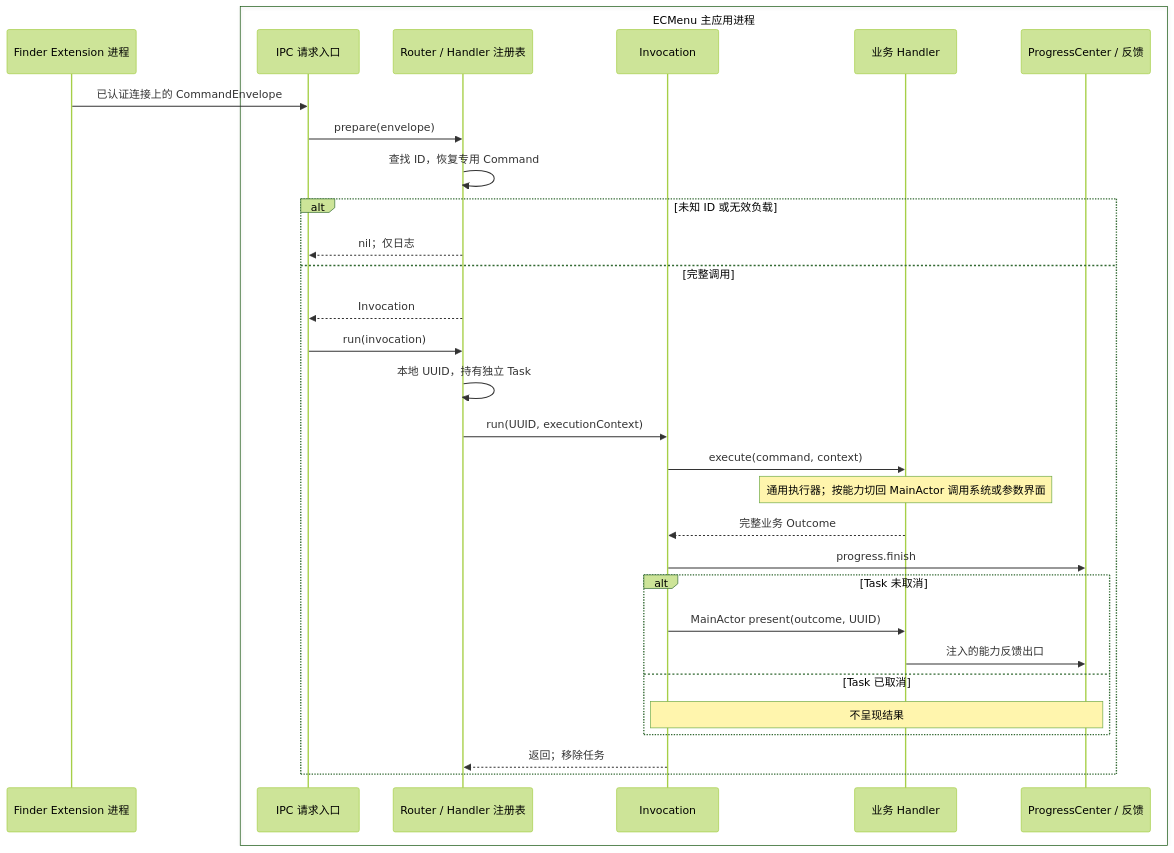
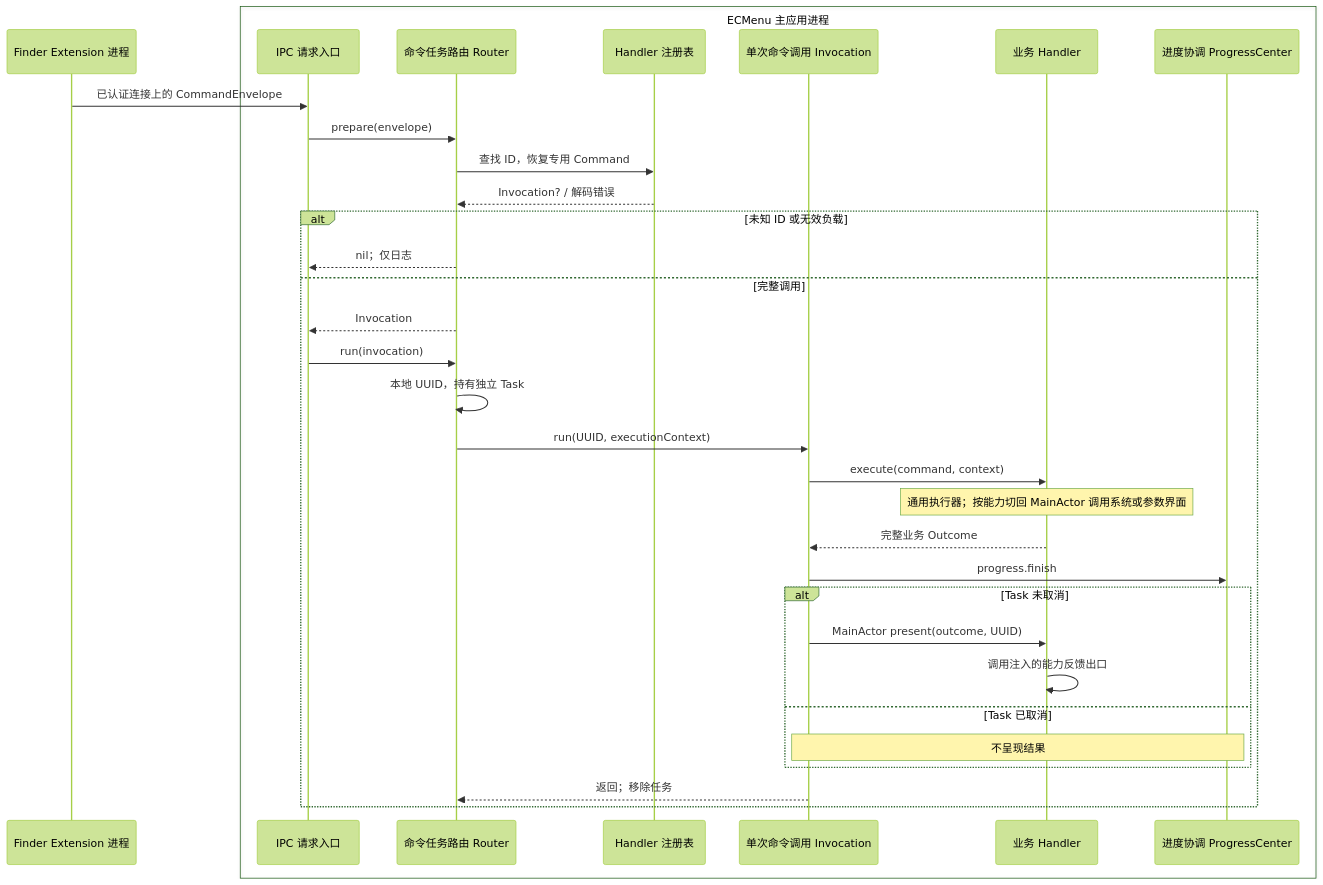
One commit to tlb-22/mac-tool-ecmenu changed the diagram in spec/Technical/Runtime/CommandExecution.md. Above: the diagram before and after it, drawn with Mermaid (forest theme). The commit also changed other lines of this file and 38 other files, not shown here.

````diff
--- a/spec/Technical/Runtime/CommandExecution.md
+++ b/spec/Technical/Runtime/CommandExecution.md
@@ -7,33 +7,35 @@
 ```mermaid
 sequenceDiagram
     participant E as Finder Extension 进程
     box ECMenu 主应用进程
         participant I as IPC 请求入口
-        participant R as Router / Handler 注册表
-        participant V as Invocation
+        participant R as 命令任务路由 Router
+        participant G as Handler 注册表
+        participant V as 单次命令调用 Invocation
         participant H as 业务 Handler
-        participant P as ProgressCenter / 反馈
+        participant P as 进度协调 ProgressCenter
     end
     E->>I: 已认证连接上的 CommandEnvelope
     I->>R: prepare(envelope)
-    R->>R: 查找 ID，恢复专用 Command
+    R->>G: 查找 ID，恢复专用 Command
+    G-->>R: Invocation? / 解码错误
     alt 未知 ID 或无效负载
         R-->>I: nil；仅日志
     else 完整调用
         R-->>I: Invocation
         I->>R: run(invocation)
         R->>R: 本地 UUID，持有独立 Task
         R->>V: run(UUID, executionContext)
         V->>H: execute(command, context)
         Note over H: 通用执行器；按能力切回 MainActor 调用系统或参数界面
         H-->>V: 完整业务 Outcome
         V->>P: progress.finish
         alt Task 未取消
             V->>H: MainActor present(outcome, UUID)
-            H->>P: 注入的能力反馈出口
+            H->>H: 调用注入的能力反馈出口
         else Task 已取消
             Note over V,P: 不呈现结果
         end
         V-->>R: 返回；移除任务
     end
 ```
````
